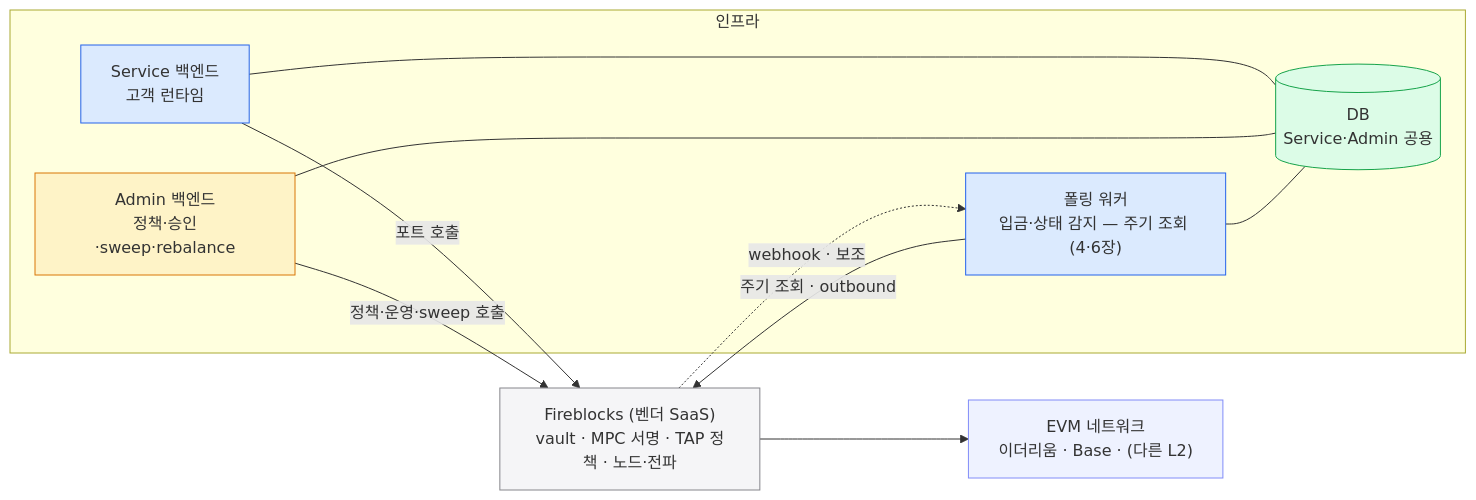
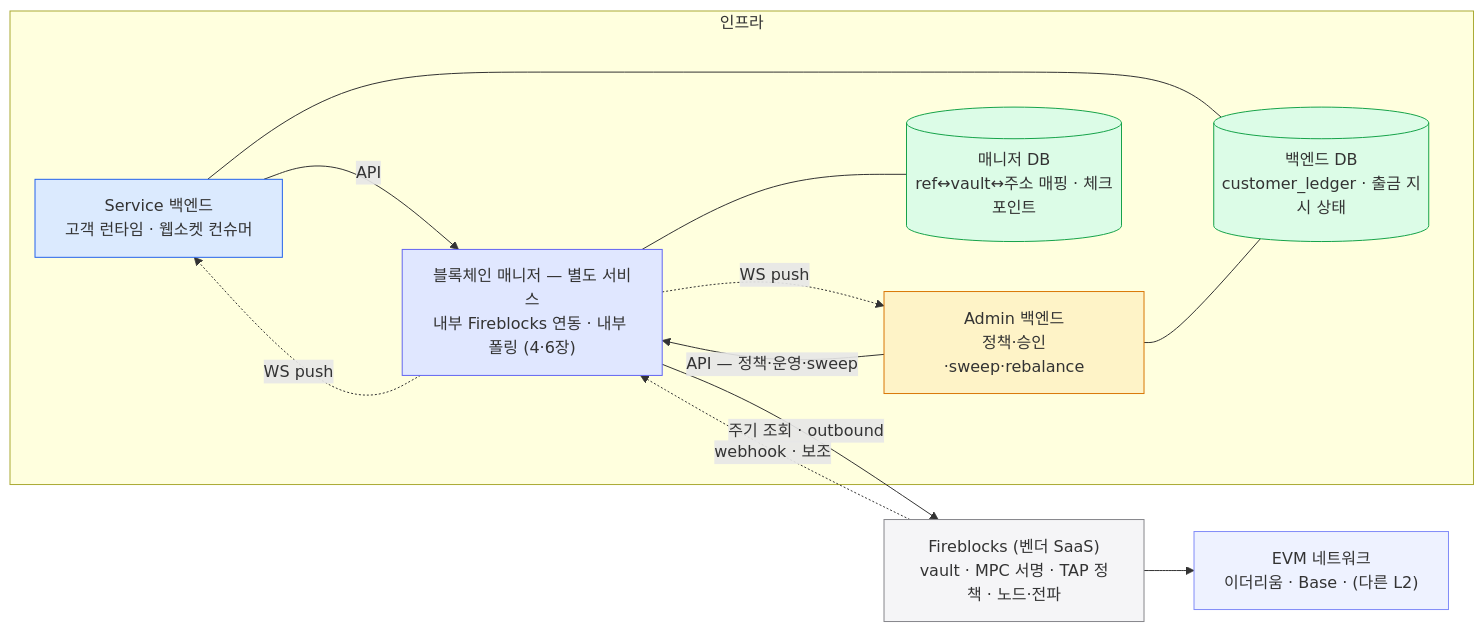
Before and after one commit to eunsujeo/eunpus: the fourth of 4 diagrams in blockchain-manager/docs/설계/09-switch-extend.md, drawn with Mermaid. The commit also changed other lines of this file and 10 other files, not shown here.

First line of the commit message:
칸반 문서: 아키텍처 경계 전면 전환 — 포트/어댑터 → 매니저 API + 웹소켓

````diff
--- a/blockchain-manager/docs/설계/09-switch-extend.md
+++ b/blockchain-manager/docs/설계/09-switch-extend.md
@@ -112,27 +114,31 @@
 ```mermaid
 flowchart LR
     subgraph OUR["인프라"]
-      SAPI["Service 백엔드<br/>고객 런타임"]
-      HOOK["폴링 워커<br/>입금·상태 감지 — 주기 조회 (4·6장)"]
+      SAPI["Service 백엔드<br/>고객 런타임 · 웹소켓 컨슈머"]
       AAPI["Admin 백엔드<br/>정책·승인·sweep·rebalance"]
-      DB[("DB<br/>Service·Admin 공용")]
+      DB[("백엔드 DB<br/>customer_ledger · 출금 지시 상태")]
+      BM["블록체인 매니저 — 별도 서비스<br/>내부 Fireblocks 연동 · 내부 폴링 (4·6장)"]
+      BMDB[("매니저 DB<br/>ref↔vault↔주소 매핑 · 체크포인트")]
     end
     FB["Fireblocks (벤더 SaaS)<br/>vault · MPC 서명 · TAP 정책 · 노드·전파"]
     EVM["EVM 네트워크<br/>이더리움 · Base · (다른 L2)"]
 
-    SAPI -->|포트 호출| FB
-    AAPI -->|정책·운영·sweep 호출| FB
+    SAPI -->|API| BM
+    AAPI -->|API — 정책·운영·sweep| BM
+    BM -.->|WS push| SAPI
+    BM -.->|WS push| AAPI
     SAPI --- DB
     AAPI --- DB
-    HOOK --- DB
-    HOOK -->|주기 조회 · outbound| FB
-    FB -.->|webhook · 보조| HOOK
+    BM --- BMDB
+    BM -->|주기 조회 · outbound| FB
+    FB -.->|webhook · 보조| BM
     FB --> EVM
 
     classDef svc fill:#dbeafe,stroke:#2563eb;
     classDef adm fill:#fef3c7,stroke:#d97706;
     classDef data fill:#dcfce7,stroke:#16a34a;
+    classDef mgr fill:#e0e7ff,stroke:#6366f1;
     classDef vendor fill:#f5f5f7,stroke:#86868b;
     classDef ext fill:#eef2ff,stroke:#818cf8;
-    class SAPI,HOOK svc; class AAPI adm; class DB data; class FB vendor; class EVM ext;
+    class SAPI svc; class AAPI adm; class DB,BMDB data; class BM mgr; class FB vendor; class EVM ext;
 ```
````
